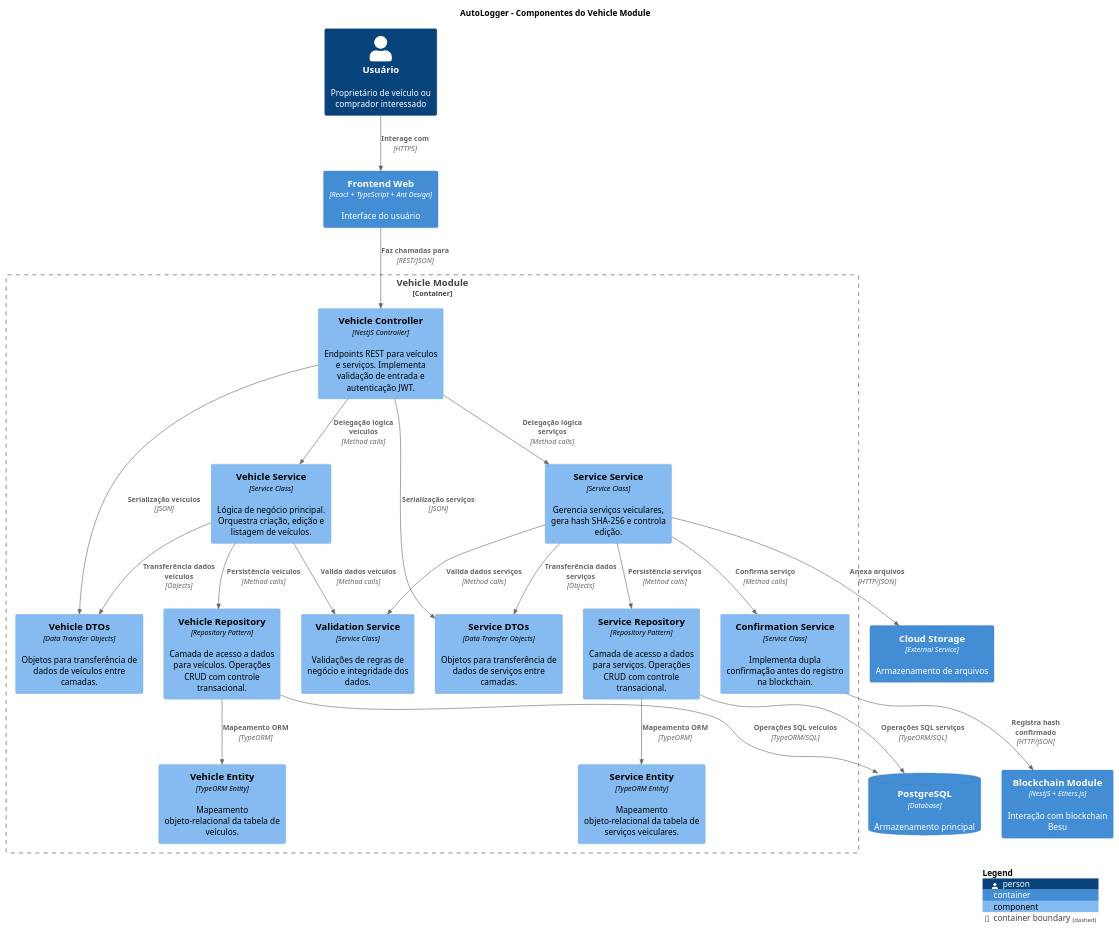
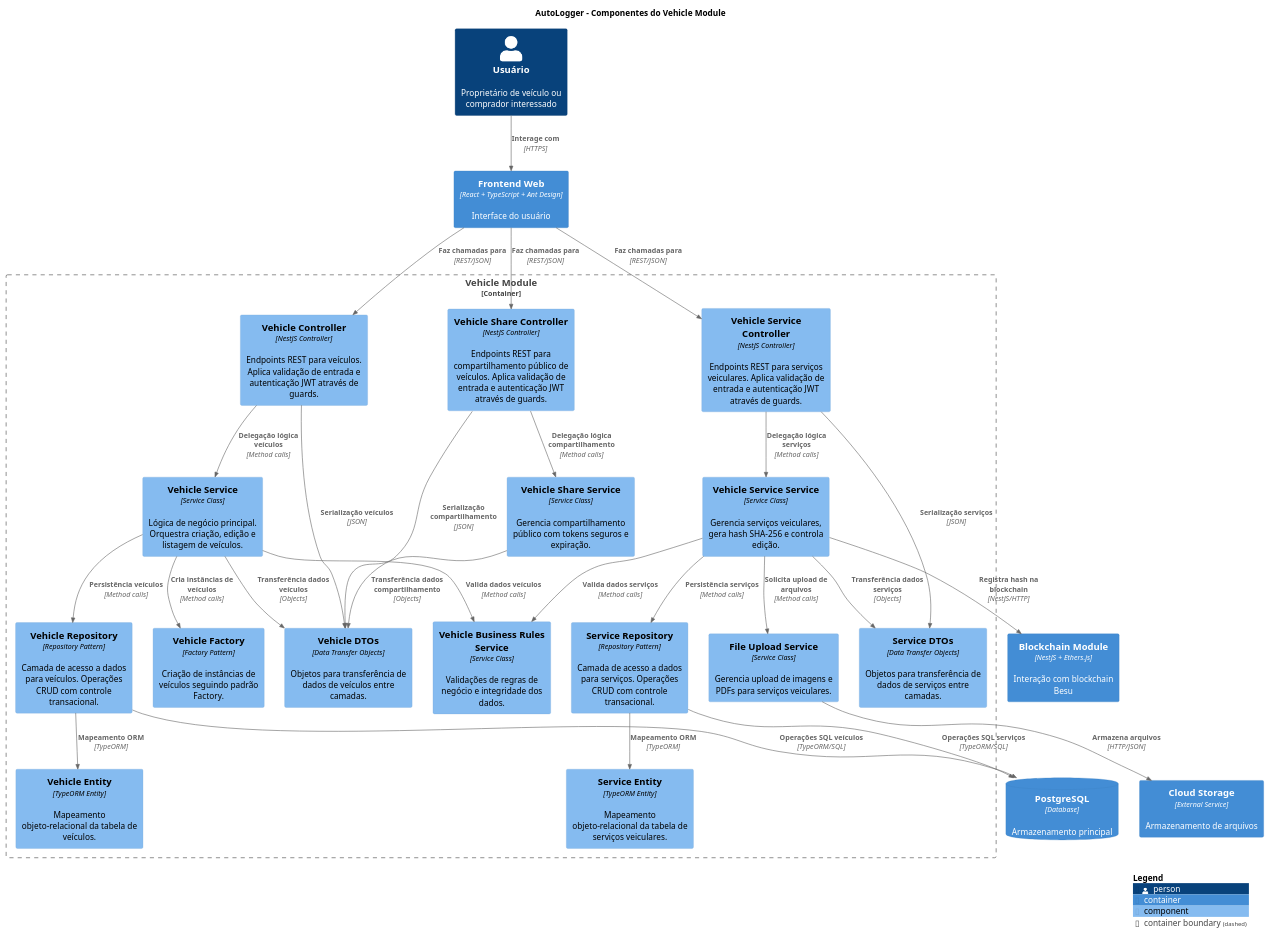
The third of 4 diagrams in docs/c4_architecture/c4_architecture.puml (Pellegr1n1/autologger-services), drawn with PlantUML before and after one commit. The commit also changed other lines of this file and 245 other files, not shown here.

```diff
--- a/docs/c4_architecture/c4_architecture.puml
+++ b/docs/c4_architecture/c4_architecture.puml
@@ -84,63 +90,79 @@
 @startuml c4_level3
 !includeurl https://raw.githubusercontent.com/plantuml-stdlib/C4-PlantUML/master/C4_Component.puml
 
 title AutoLogger - Componentes do Vehicle Module
 
 LAYOUT_TOP_DOWN()
 
 Person(user, "Usuário", "Proprietário de veículo ou comprador interessado")
 Container(frontend, "Frontend Web", "React + TypeScript + Ant Design", "Interface do usuário")
 Container(blockchain_module, "Blockchain Module", "NestJS + Ethers.js", "Interação com blockchain Besu")
 Container(storage_ext, "Cloud Storage", "External Service", "Armazenamento de arquivos")
 ContainerDb(database, "PostgreSQL", "Database", "Armazenamento principal")
 
 Container_Boundary(vehicle_module, "Vehicle Module") {
-    Component(vehicle_controller, "Vehicle Controller", "NestJS Controller", "Endpoints REST para veículos e serviços. Implementa validação de entrada e autenticação JWT.")
+    Component(vehicle_controller, "Vehicle Controller", "NestJS Controller", "Endpoints REST para veículos. Aplica validação de entrada e autenticação JWT através de guards.")
+    
+    Component(vehicle_service_controller, "Vehicle Service Controller", "NestJS Controller", "Endpoints REST para serviços veiculares. Aplica validação de entrada e autenticação JWT através de guards.")
+    
+    Component(vehicle_share_controller, "Vehicle Share Controller", "NestJS Controller", "Endpoints REST para compartilhamento público de veículos. Aplica validação de entrada e autenticação JWT através de guards.")
     
     Component(vehicle_service, "Vehicle Service", "Service Class", "Lógica de negócio principal. Orquestra criação, edição e listagem de veículos.")
     
-    Component(service_service, "Service Service", "Service Class", "Gerencia serviços veiculares, gera hash SHA-256 e controla edição.")
+    Component(service_service, "Vehicle Service Service", "Service Class", "Gerencia serviços veiculares, gera hash SHA-256 e controla edição.")
     
-    Component(validation_service, "Validation Service", "Service Class", "Validações de regras de negócio e integridade dos dados.")
+    Component(vehicle_share_service, "Vehicle Share Service", "Service Class", "Gerencia compartilhamento público com tokens seguros e expiração.")
     
-    Component(confirmation_service, "Confirmation Service", "Service Class", "Implementa dupla confirmação antes do registro na blockchain.")
+    Component(file_upload_service, "File Upload Service", "Service Class", "Gerencia upload de imagens e PDFs para serviços veiculares.")
+    
+    Component(validation_service, "Vehicle Business Rules Service", "Service Class", "Validações de regras de negócio e integridade dos dados.")
+    
+    Component(vehicle_factory, "Vehicle Factory", "Factory Pattern", "Criação de instâncias de veículos seguindo padrão Factory.")
     
     Component(vehicle_repository, "Vehicle Repository", "Repository Pattern", "Camada de acesso a dados para veículos. Operações CRUD com controle transacional.")
     
     Component(service_repository, "Service Repository", "Repository Pattern", "Camada de acesso a dados para serviços. Operações CRUD com controle transacional.")
     
     Component(vehicle_dto, "Vehicle DTOs", "Data Transfer Objects", "Objetos para transferência de dados de veículos entre camadas.")
     
     Component(service_dto, "Service DTOs", "Data Transfer Objects", "Objetos para transferência de dados de serviços entre camadas.")
     
     Component(vehicle_entity, "Vehicle Entity", "TypeORM Entity", "Mapeamento objeto-relacional da tabela de veículos.")
     
     Component(service_entity, "Service Entity", "TypeORM Entity", "Mapeamento objeto-relacional da tabela de serviços veiculares.")
 }
 
 Rel(user, frontend, "Interage com", "HTTPS")
 Rel(frontend, vehicle_controller, "Faz chamadas para", "REST/JSON")
+Rel(frontend, vehicle_service_controller, "Faz chamadas para", "REST/JSON")
+Rel(frontend, vehicle_share_controller, "Faz chamadas para", "REST/JSON")
 
 Rel(vehicle_controller, vehicle_service, "Delegação lógica veículos", "Method calls")
-Rel(vehicle_controller, service_service, "Delegação lógica serviços", "Method calls")
+Rel(vehicle_service_controller, service_service, "Delegação lógica serviços", "Method calls")
+Rel(vehicle_share_controller, vehicle_share_service, "Delegação lógica compartilhamento", "Method calls")
+
 Rel(vehicle_service, validation_service, "Valida dados veículos", "Method calls")
 Rel(service_service, validation_service, "Valida dados serviços", "Method calls")
-Rel(service_service, confirmation_service, "Confirma serviço", "Method calls")
+Rel(vehicle_service, vehicle_factory, "Cria instâncias de veículos", "Method calls")
+
 Rel(vehicle_service, vehicle_repository, "Persistência veículos", "Method calls")
 Rel(service_service, service_repository, "Persistência serviços", "Method calls")
+Rel(service_service, file_upload_service, "Solicita upload de arquivos", "Method calls")
+Rel(file_upload_service, storage_ext, "Armazena arquivos", "HTTP/JSON")
+
+Rel(service_service, blockchain_module, "Registra hash na blockchain", "NestJS/HTTP")
 
 Rel(vehicle_repository, vehicle_entity, "Mapeamento ORM", "TypeORM")
 Rel(service_repository, service_entity, "Mapeamento ORM", "TypeORM")
 Rel(vehicle_repository, database, "Operações SQL veículos", "TypeORM/SQL")
 Rel(service_repository, database, "Operações SQL serviços", "TypeORM/SQL")
 
 Rel(vehicle_controller, vehicle_dto, "Serialização veículos", "JSON")
-Rel(vehicle_controller, service_dto, "Serialização serviços", "JSON")
+Rel(vehicle_service_controller, service_dto, "Serialização serviços", "JSON")
+Rel(vehicle_share_controller, vehicle_dto, "Serialização compartilhamento", "JSON")
 Rel(vehicle_service, vehicle_dto, "Transferência dados veículos", "Objects")
 Rel(service_service, service_dto, "Transferência dados serviços", "Objects")
-
-Rel(confirmation_service, blockchain_module, "Registra hash confirmado", "HTTP/JSON")
-Rel(service_service, storage_ext, "Anexa arquivos", "HTTP/JSON")
+Rel(vehicle_share_service, vehicle_dto, "Transferência dados compartilhamento", "Objects")
 
 SHOW_LEGEND()
 @enduml
```
